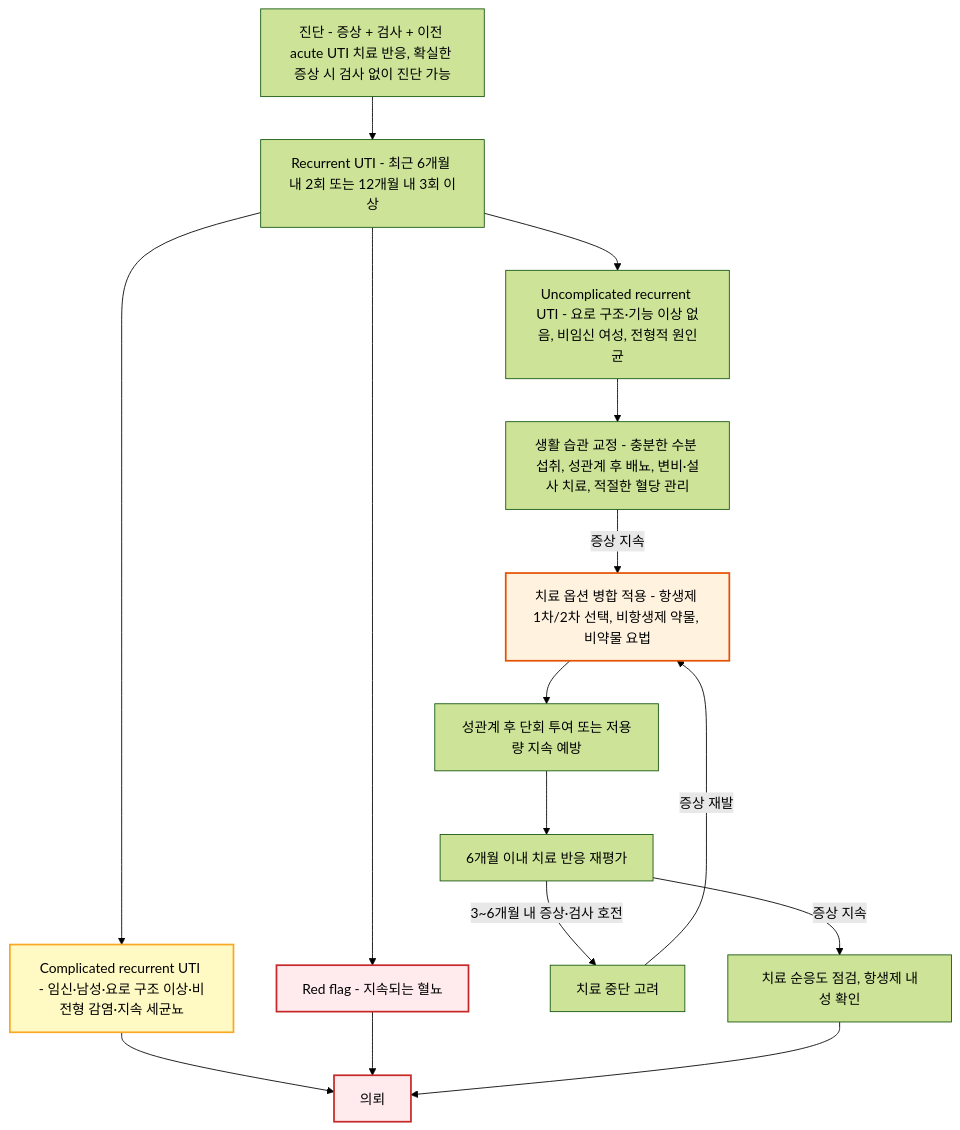
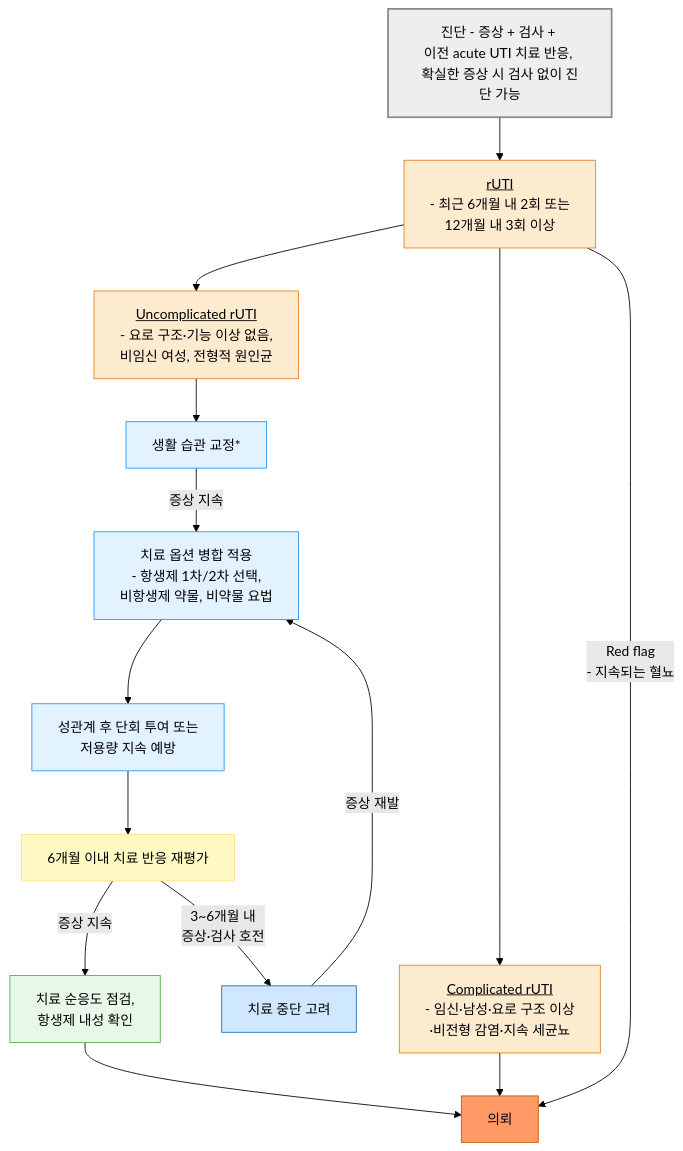
Before and after one commit to familyoh77/familyoh77: the fifth of 6 diagrams in 227_/113_-urinary-tract-infection.md, drawn with Mermaid (forest theme). The commit also changed other lines of this file, not shown here.

````diff
--- a/227_/113_-urinary-tract-infection.md
+++ b/227_/113_-urinary-tract-infection.md
@@ -309,22 +324,27 @@
 ```mermaid
 graph TD
-    A["진단 - 증상 + 검사 + 이전 acute UTI 치료 반응, 확실한 증상 시 검사 없이 진단 가능"] --> B["Recurrent UTI - 최근 6개월 내 2회 또는 12개월 내 3회 이상"]
-    B --> C["Uncomplicated recurrent UTI - 요로 구조·기능 이상 없음, 비임신 여성, 전형적 원인균"]
-    B --> D["Complicated recurrent UTI - 임신·남성·요로 구조 이상·비전형 감염·지속 세균뇨"]
-    B --> E["Red flag - 지속되는 혈뇨"]
+    A["진단 - 증상 + 검사 + <br/>이전 acute UTI 치료 반응, <br/>확실한 증상 시 검사 없이 진단 가능"] 
+--> B["<u>rUTI</u> <br/>- 최근 6개월 내 2회 또는 <br/>12개월 내 3회 이상"]
+    B --> C["<u>Uncomplicated rUTI</u> <br/>- 요로 구조·기능 이상 없음, <br/>비임신 여성, 전형적 원인균"]
+    B --> D["<u>Complicated rUTI</u> <br/>- 임신·남성·요로 구조 이상<br/>·비전형 감염·지속 세균뇨"]
+    
     D --> F["의뢰"]
-    E --> F
-    C --> G["생활 습관 교정 - 충분한 수분 섭취, 성관계 후 배뇨, 변비·설사 치료, 적절한 혈당 관리"]
-    G -->|증상 지속| H["치료 옵션 병합 적용 - 항생제 1차/2차 선택, 비항생제 약물, 비약물 요법"]
-    H --> I["성관계 후 단회 투여 또는 저용량 지속 예방"]
+    B --> |Red flag <br/>- 지속되는 혈뇨| F
+    C --> G["생활 습관 교정*"]
+    G -->|증상 지속| H["치료 옵션 병합 적용 <br/>- 항생제 1차/2차 선택, <br/>비항생제 약물, 비약물 요법"]
+    H --> I["성관계 후 단회 투여 또는 <br/>저용량 지속 예방"]
     I --> J["6개월 이내 치료 반응 재평가"]
-    J -->|3~6개월 내 증상·검사 호전| K["치료 중단 고려"]
-    J -->|증상 지속| L["치료 순응도 점검, 항생제 내성 확인"]
+    J -->|증상 지속| L["치료 순응도 점검, <br/>항생제 내성 확인"]
+    J -->|3~6개월 내 <br/>증상·검사 호전| K["치료 중단 고려"]
     K -->|증상 재발| H
     L --> F
-
-    style D fill:#fff9c4,stroke:#f9a825,stroke-width:2px
-    style E fill:#ffebee,stroke:#c62828,stroke-width:2px
-    style F fill:#ffebee,stroke:#c62828,stroke-width:2px
-    style H fill:#fff3e0,stroke:#e65100,stroke-width:2px
+style A fill:#eeeeee,stroke:#888888,stroke-width:2px
+classDef orange fill:#fdebd0,stroke:#e67e22
+class B,C,D orange
+classDef sky fill:#e3f2ff,stroke:#2196f3
+class G,H,I sky
+style K fill:#d0e8ff,stroke:#1a6abf
+style J fill:#fff9c4,stroke:#ffe082
+style L fill:#e8f8e8,stroke:#4caf50
+style F fill:#ff9966,stroke:#cc5500
 ```
````
